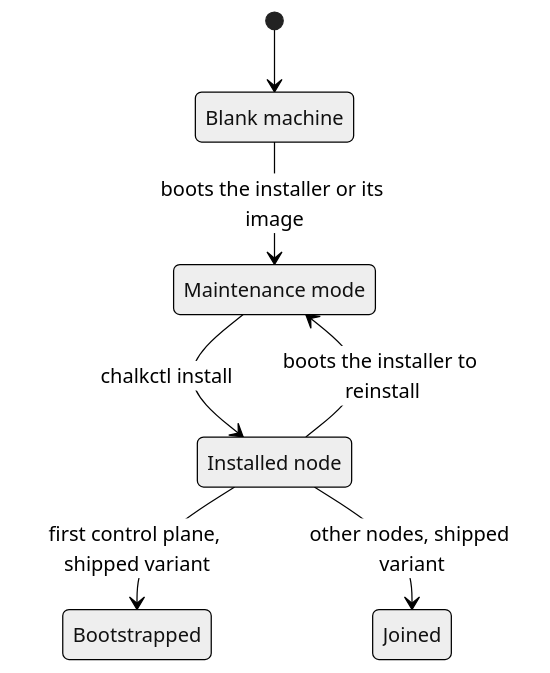
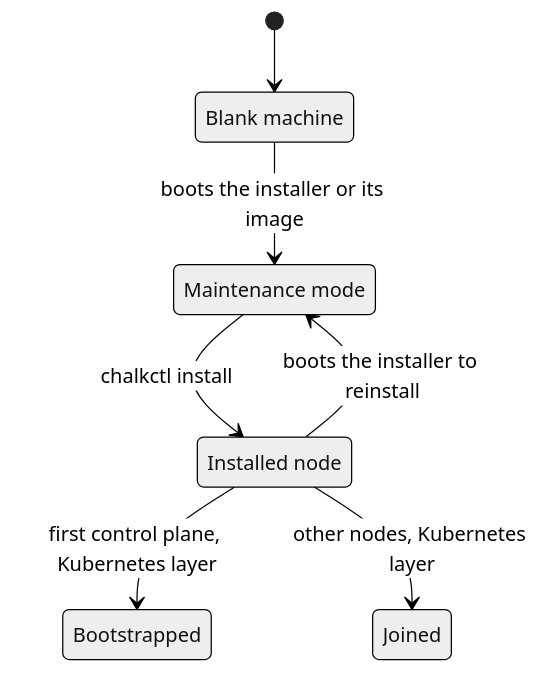
The diagram in docs/operate/install.md (trevex/chalkos), drawn with Mermaid (neutral theme) before and after one commit. The commit also changed other lines of this file and 68 other files, not shown here.

````diff
--- a/docs/operate/install.md
+++ b/docs/operate/install.md
@@ -58,14 +58,14 @@
 ```mermaid
 stateDiagram-v2
     state "Blank machine" as Blank
     state "Maintenance mode" as Maintenance
     state "Installed node" as Installed
     state "Bootstrapped" as Bootstrapped
     state "Joined" as Joined
     [*] --> Blank
     Blank --> Maintenance: boots the installer or its image
     Maintenance --> Installed: chalkctl install
     Installed --> Maintenance: boots the installer to reinstall
-    Installed --> Bootstrapped: first control plane, shipped variant
-    Installed --> Joined: other nodes, shipped variant
+    Installed --> Bootstrapped: first control plane, Kubernetes layer
+    Installed --> Joined: other nodes, Kubernetes layer
 ```
````
